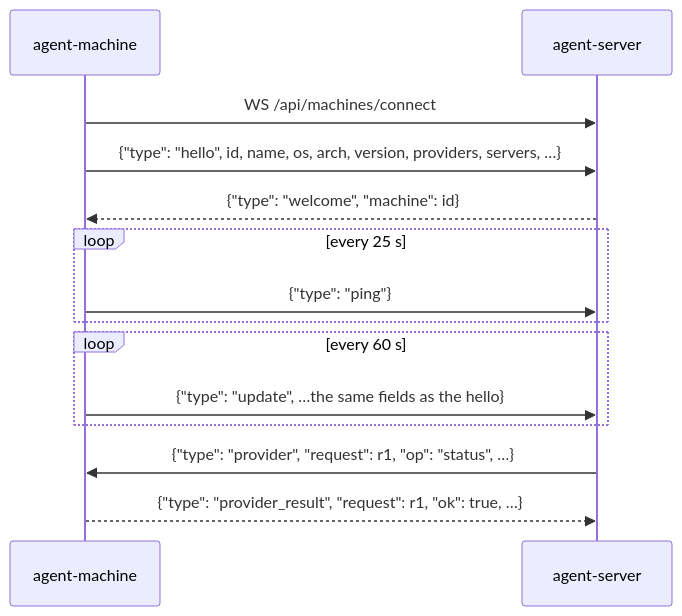
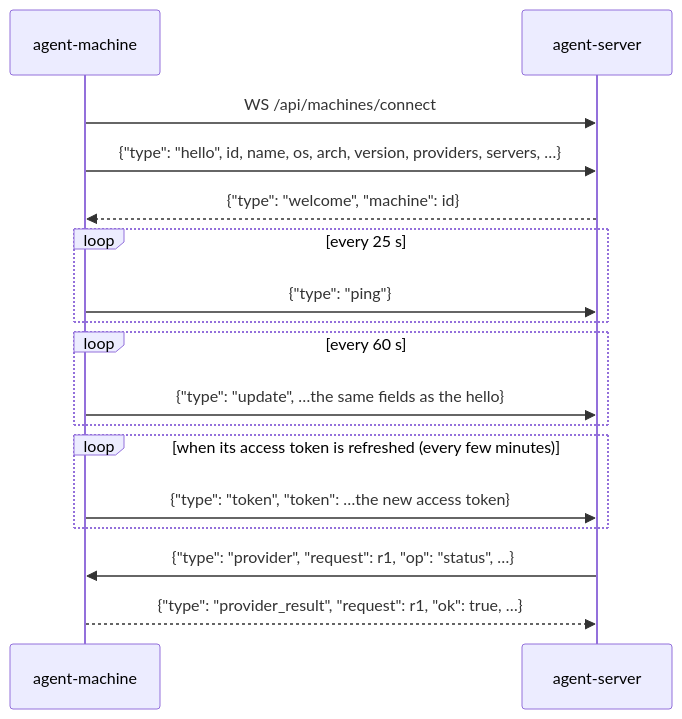
One commit to joeyenfield/ai-coding-agent-proxy changed the fourth of 4 diagrams in docs/networking.md. Above: the diagram before and after it, drawn with Mermaid. The commit also changed other lines of this file and 14 other files, not shown here.

Commit message:
Machines renew their access token over the fleet socket instead of dropping every few minutes

````diff
--- a/docs/networking.md
+++ b/docs/networking.md
@@ -203,16 +203,19 @@
 ```mermaid
 sequenceDiagram
   participant M as agent-machine
   participant S as agent-server
   M->>S: WS /api/machines/connect
   M->>S: {"type": "hello", id, name, os, arch, version, providers, servers, …}
   S-->>M: {"type": "welcome", "machine": id}
   loop every 25 s
     M->>S: {"type": "ping"}
   end
   loop every 60 s
     M->>S: {"type": "update", …the same fields as the hello}
   end
+  loop when its access token is refreshed (every few minutes)
+    M->>S: {"type": "token", "token": …the new access token}
+  end
   S->>M: {"type": "provider", "request": r1, "op": "status", …}
   M-->>S: {"type": "provider_result", "request": r1, "ok": true, …}
 ```
````
